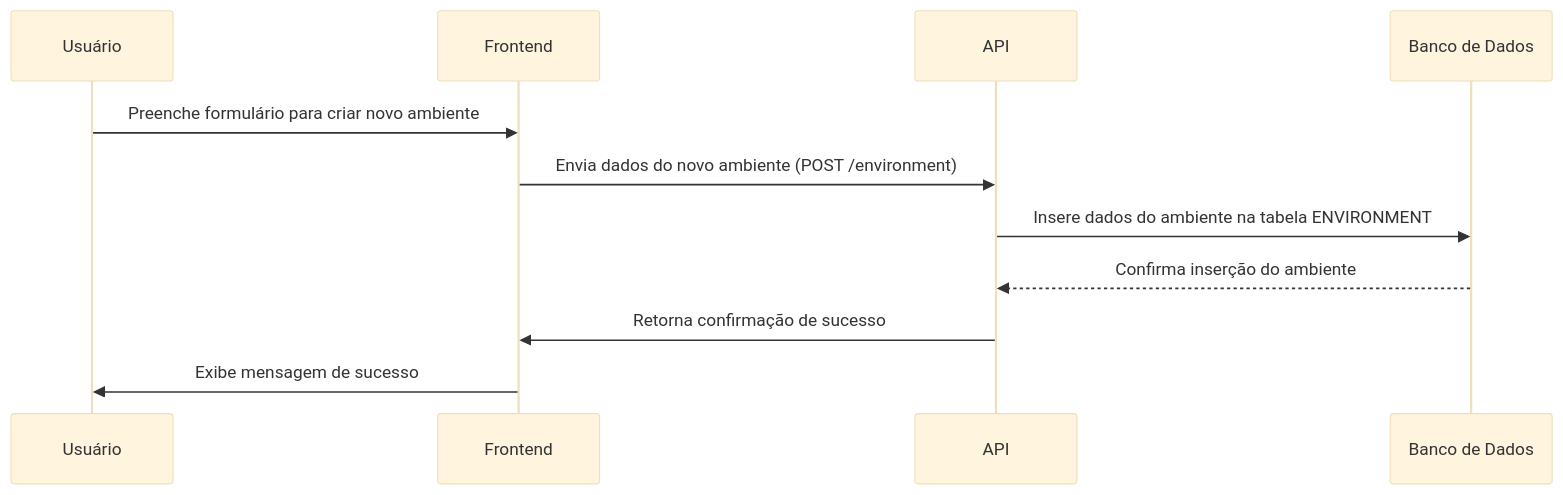
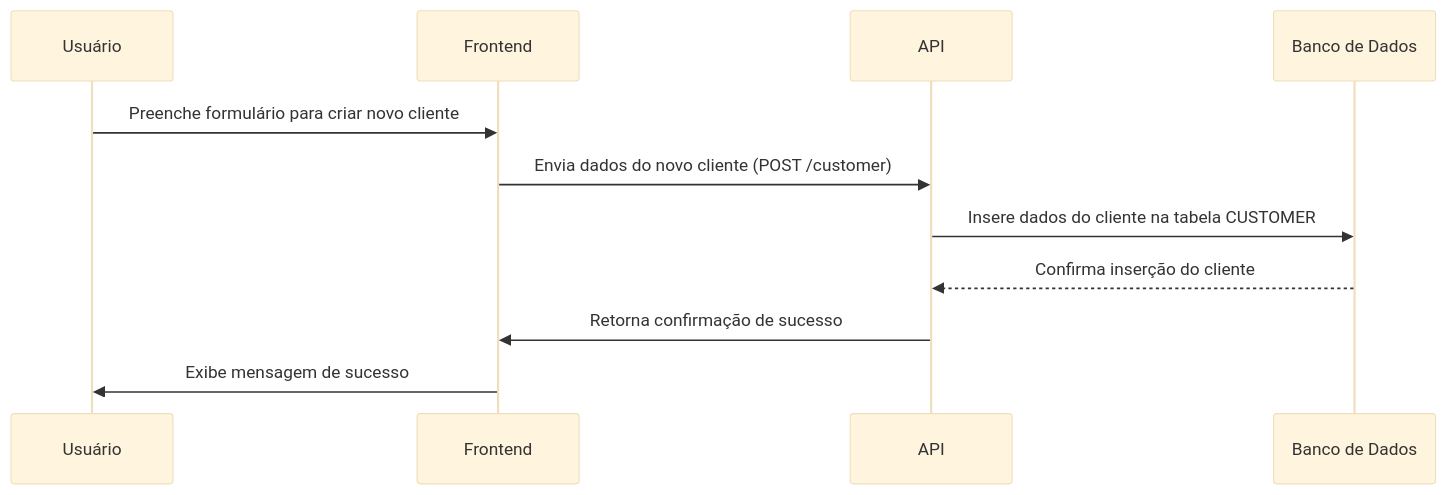
One commit to gabrielcavalcant/maintaner-ads changed the diagram in web/doc/workflows/criar_ambiente.md. Above: the diagram before and after it, drawn with Mermaid (base theme). The commit also changed 19 other files, not shown here.

Commit message:
refactor: refactor environment to customer

````diff
--- a/web/doc/workflows/criar_ambiente.md
+++ b/web/doc/workflows/criar_ambiente.md
@@ -1,14 +1,14 @@
 ```mermaid
 sequenceDiagram
     participant U as Usuário
     participant F as Frontend
     participant A as API
     participant D as Banco de Dados
 
-    U->>F: Preenche formulário para criar novo ambiente
-    F->>A: Envia dados do novo ambiente (POST /environment)
-    A->>D: Insere dados do ambiente na tabela ENVIRONMENT
-    D-->>A: Confirma inserção do ambiente
+    U->>F: Preenche formulário para criar novo cliente
+    F->>A: Envia dados do novo cliente (POST /customer)
+    A->>D: Insere dados do cliente na tabela CUSTOMER
+    D-->>A: Confirma inserção do cliente
     A->>F: Retorna confirmação de sucesso
     F->>U: Exibe mensagem de sucesso
 ```
````
